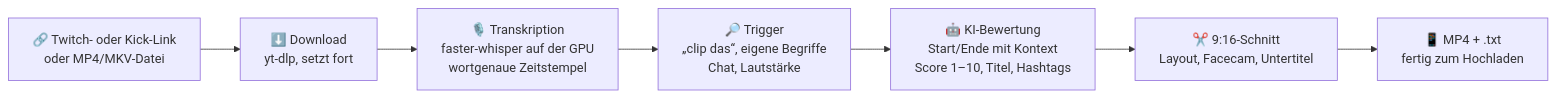
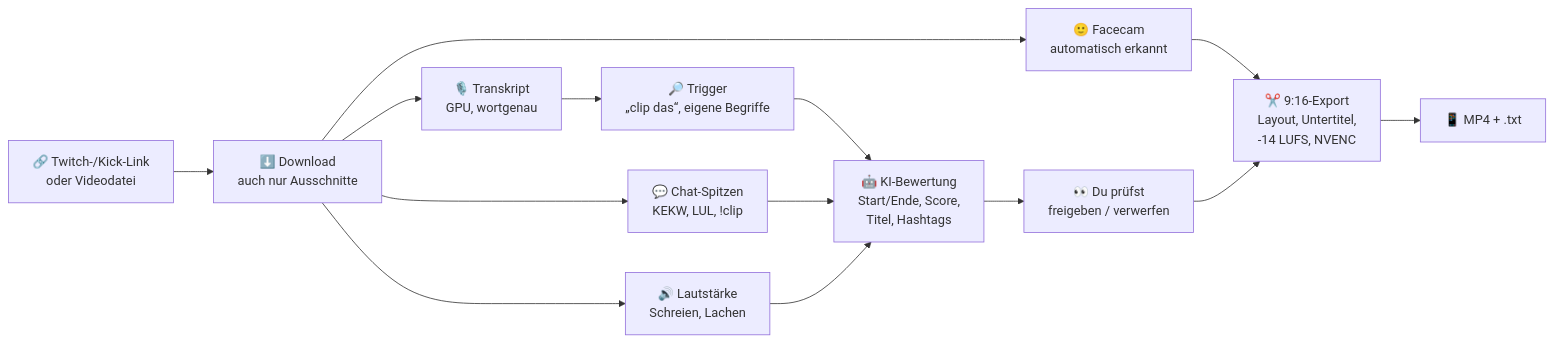
Before and after one commit to MoinMornhart/ClipForge: the diagram in README.md, drawn with Mermaid. The commit also changed other lines of this file and 12 other files, not shown here.

````diff
--- a/README.md
+++ b/README.md
@@ -38,9 +42,16 @@
 ```mermaid
 flowchart LR
-    A["🔗 Twitch- oder Kick-Link<br/>oder MP4/MKV-Datei"] --> B["⬇️ Download<br/>yt-dlp, setzt fort"]
-    B --> C["🎙️ Transkription<br/>faster-whisper auf der GPU<br/>wortgenaue Zeitstempel"]
-    C --> D["🔎 Trigger<br/>„clip das“, eigene Begriffe<br/>Chat, Lautstärke"]
-    D --> E["🤖 KI-Bewertung<br/>Start/Ende mit Kontext<br/>Score 1–10, Titel, Hashtags"]
-    E --> F["✂️ 9:16-Schnitt<br/>Layout, Facecam, Untertitel"]
-    F --> G["📱 MP4 + .txt<br/>fertig zum Hochladen"]
+    A["🔗 Twitch-/Kick-Link<br/>oder Videodatei"] --> B["⬇️ Download<br/>auch nur Ausschnitte"]
+    B --> C["🎙️ Transkript<br/>GPU, wortgenau"]
+    B --> F1["🙂 Facecam<br/>automatisch erkannt"]
+    C --> D["🔎 Trigger<br/>„clip das“, eigene Begriffe"]
+    B --> D2["💬 Chat-Spitzen<br/>KEKW, LUL, !clip"]
+    B --> D3["🔊 Lautstärke<br/>Schreien, Lachen"]
+    D --> E["🤖 KI-Bewertung<br/>Start/Ende, Score,<br/>Titel, Hashtags"]
+    D2 --> E
+    D3 --> E
+    E --> R["👀 Du prüfst<br/>freigeben / verwerfen"]
+    F1 --> X
+    R --> X["✂️ 9:16-Export<br/>Layout, Untertitel,<br/>-14 LUFS, NVENC"]
+    X --> G["📱 MP4 + .txt"]
 ```
````
